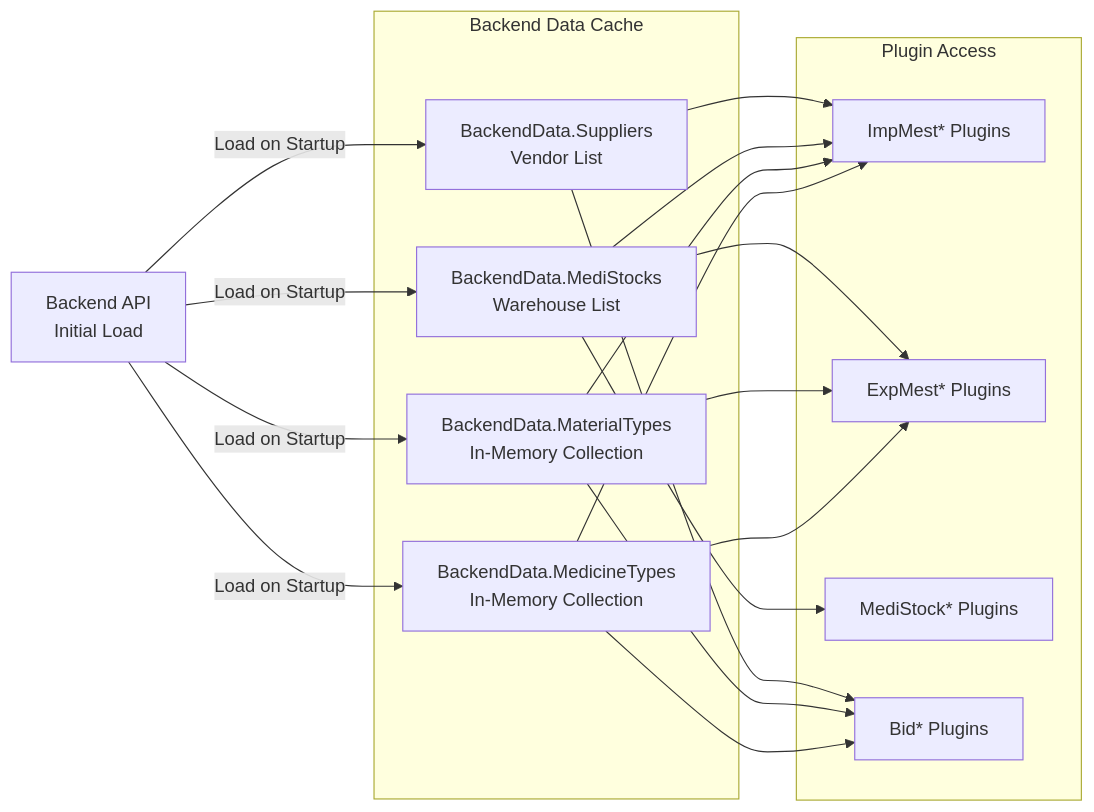
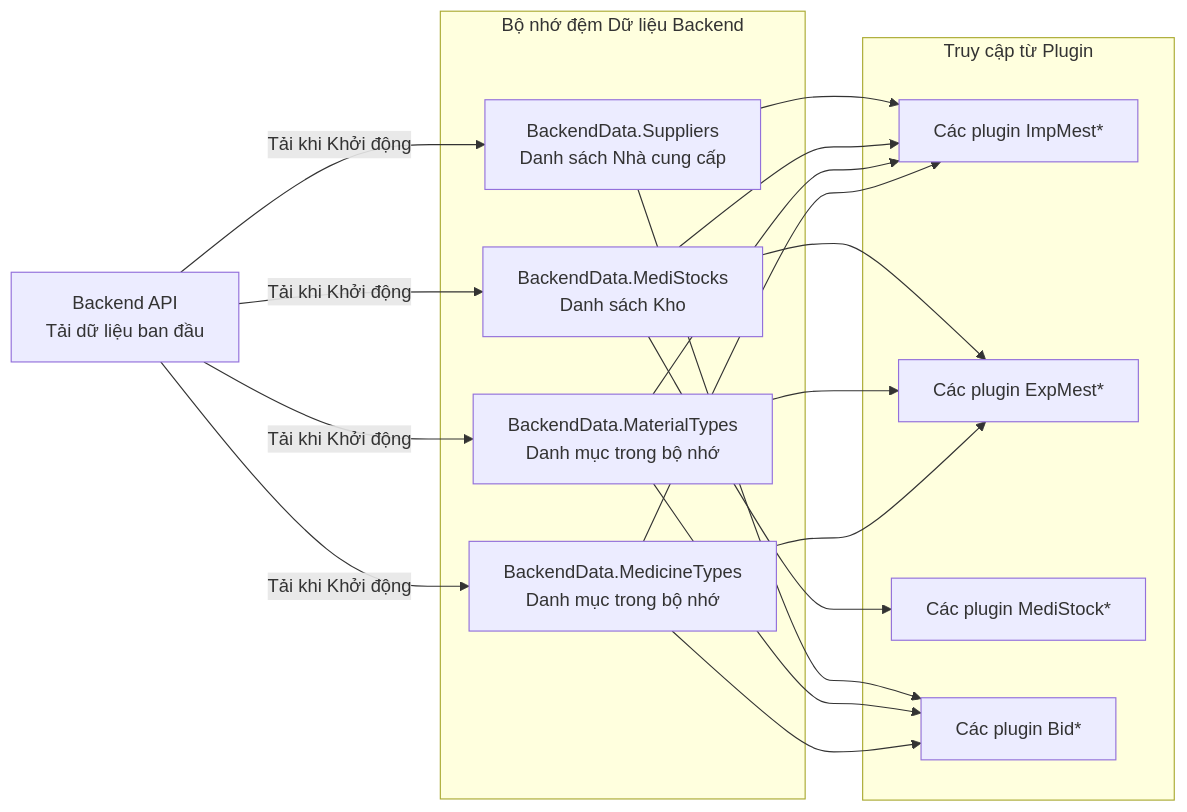
One commit to thangpnb/HIS changed the eighth of 8 diagrams in docs/his-ba-documentation/03-business-domains/pharmacy/medicine-material.md. Above: the diagram before and after it, drawn with Mermaid. The commit also changed other lines of this file and 30 other files, not shown here.

Commit message:
Refactor architecture docs and update translations

````diff
--- a/docs/his-ba-documentation/03-business-domains/pharmacy/medicine-material.md
+++ b/docs/his-ba-documentation/03-business-domains/pharmacy/medicine-material.md
@@ -445,38 +445,38 @@
 ```mermaid
 graph LR
-    subgraph "Backend Data Cache"
-        MedCache["BackendData.MedicineTypes<br/>In-Memory Collection"]
-        MatCache["BackendData.MaterialTypes<br/>In-Memory Collection"]
-        StockCache["BackendData.MediStocks<br/>Warehouse List"]
-        SupplierCache["BackendData.Suppliers<br/>Vendor List"]
+    subgraph "Bộ nhớ đệm Dữ liệu Backend"
+        MedCache["BackendData.MedicineTypes<br/>Danh mục trong bộ nhớ"]
+        MatCache["BackendData.MaterialTypes<br/>Danh mục trong bộ nhớ"]
+        StockCache["BackendData.MediStocks<br/>Danh sách Kho"]
+        SupplierCache["BackendData.Suppliers<br/>Danh sách Nhà cung cấp"]
     end
     
-    subgraph "Plugin Access"
-        ImpPlugin["ImpMest* Plugins"]
-        ExpPlugin["ExpMest* Plugins"]
-        StockPlugin["MediStock* Plugins"]
-        BidPlugin["Bid* Plugins"]
+    subgraph "Truy cập từ Plugin"
+        ImpPlugin["Các plugin ImpMest*"]
+        ExpPlugin["Các plugin ExpMest*"]
+        StockPlugin["Các plugin MediStock*"]
+        BidPlugin["Các plugin Bid*"]
     end
     
-    API["Backend API<br/>Initial Load"]
+    API["Backend API<br/>Tải dữ liệu ban đầu"]
     
-    API -->|"Load on Startup"| MedCache
-    API -->|"Load on Startup"| MatCache
-    API -->|"Load on Startup"| StockCache
-    API -->|"Load on Startup"| SupplierCache
+    API -->|"Tải khi Khởi động"| MedCache
+    API -->|"Tải khi Khởi động"| MatCache
+    API -->|"Tải khi Khởi động"| StockCache
+    API -->|"Tải khi Khởi động"| SupplierCache
     
     MedCache --> ImpPlugin
     MedCache --> ExpPlugin
     MedCache --> BidPlugin
     
     MatCache --> ImpPlugin
     MatCache --> ExpPlugin
     MatCache --> BidPlugin
     
     StockCache --> StockPlugin
     StockCache --> ImpPlugin
     StockCache --> ExpPlugin
     
     SupplierCache --> BidPlugin
     SupplierCache --> ImpPlugin
 ```
````
